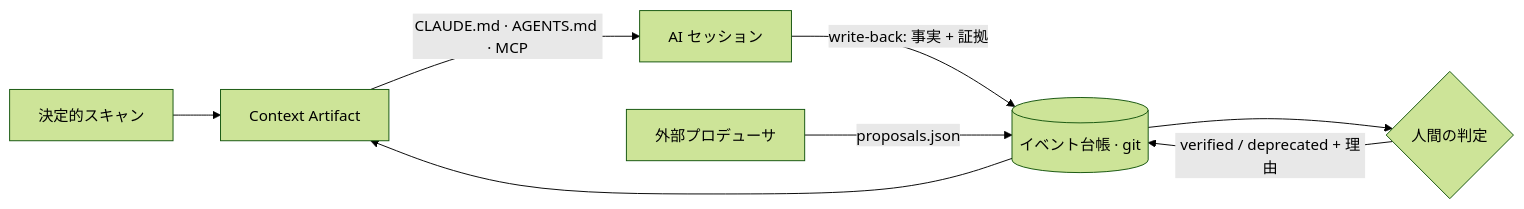
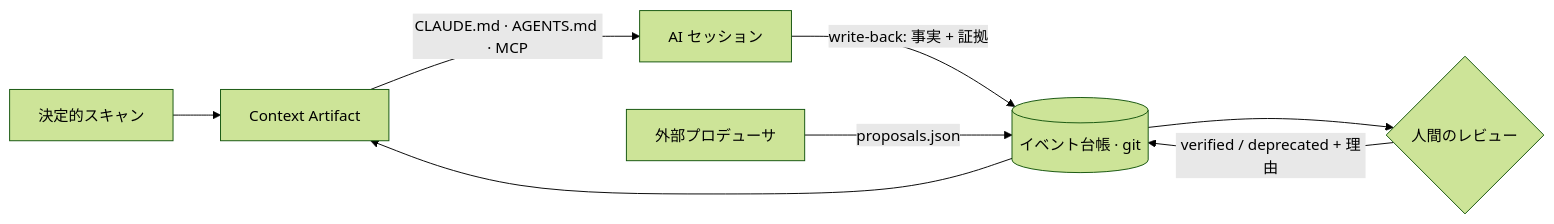
Before and after one commit to kervo-os/kervo: the diagram in README.ja.md, drawn with Mermaid (forest theme). The commit also changed other lines of this file and 3 other files, not shown here.

````diff
--- a/README.ja.md
+++ b/README.ja.md
@@ -117,10 +95,10 @@
 ```mermaid
 flowchart LR
   S[決定的スキャン] --> A[Context Artifact]
   A -->|CLAUDE.md · AGENTS.md · MCP| C[AI セッション]
   C -->|write-back: 事実 + 証拠| L[(イベント台帳 · git)]
   P[外部プロデューサ] -->|proposals.json| L
-  L --> R{人間の判定}
+  L --> R{人間のレビュー}
   R -->|verified / deprecated + 理由| L
   L --> A
 ```
````
